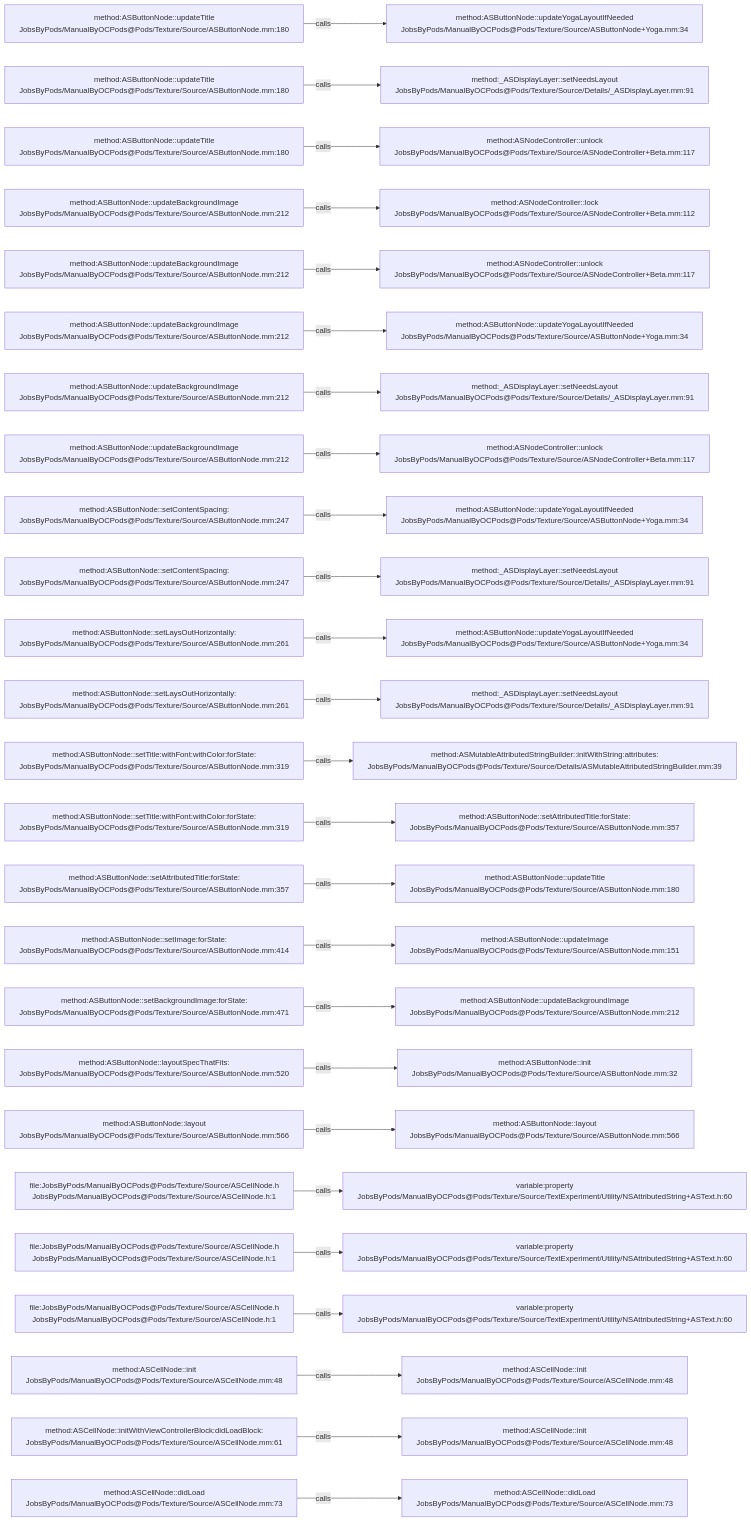
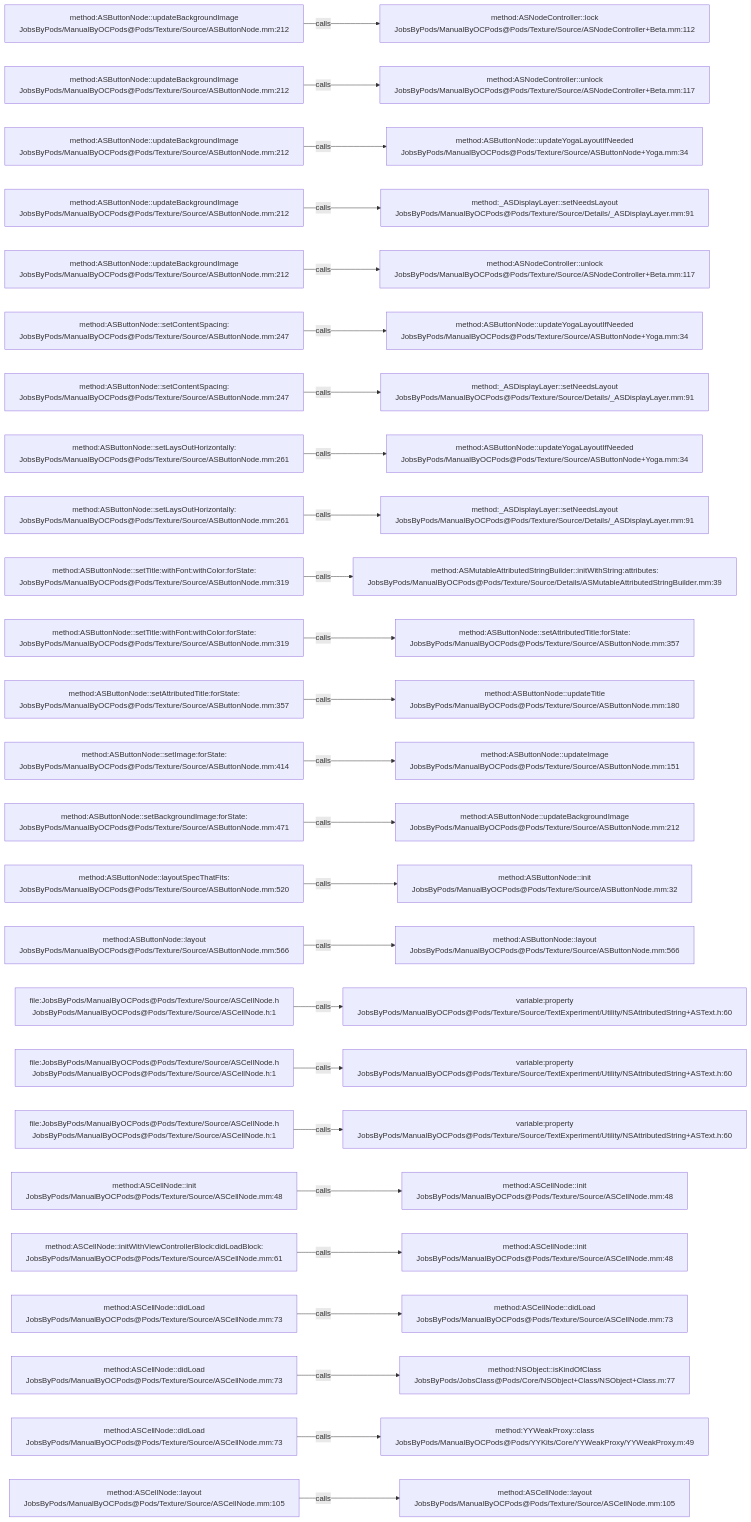
Before and after one commit to JobsKits/JobsOCBaseConfigDemo: the diagram in .codegraph/codegraph.md/graphs/calls-074.md, drawn with Mermaid. The commit also changed 342 other files, not shown here.

````diff
--- a/.codegraph/codegraph.md/graphs/calls-074.md
+++ b/.codegraph/codegraph.md/graphs/calls-074.md
@@ -13,78 +13,78 @@
 ```mermaid
 flowchart LR
-  S1["method:ASButtonNode::updateTitle<br/>JobsByPods/ManualByOCPods@Pods/Texture/Source/ASButtonNode.mm:180"]
-  T1["method:ASButtonNode::updateYogaLayoutIfNeeded<br/>JobsByPods/ManualByOCPods@Pods/Texture/Source/ASButtonNode+Yoga.mm:34"]
+  S1["method:ASButtonNode::updateBackgroundImage<br/>JobsByPods/ManualByOCPods@Pods/Texture/Source/ASButtonNode.mm:212"]
+  T1["method:ASNodeController::lock<br/>JobsByPods/ManualByOCPods@Pods/Texture/Source/ASNodeController+Beta.mm:112"]
   S1 -->|calls| T1
-  S2["method:ASButtonNode::updateTitle<br/>JobsByPods/ManualByOCPods@Pods/Texture/Source/ASButtonNode.mm:180"]
-  T2["method:_ASDisplayLayer::setNeedsLayout<br/>JobsByPods/ManualByOCPods@Pods/Texture/Source/Details/_ASDisplayLayer.mm:91"]
+  S2["method:ASButtonNode::updateBackgroundImage<br/>JobsByPods/ManualByOCPods@Pods/Texture/Source/ASButtonNode.mm:212"]
+  T2["method:ASNodeController::unlock<br/>JobsByPods/ManualByOCPods@Pods/Texture/Source/ASNodeController+Beta.mm:117"]
   S2 -->|calls| T2
-  S3["method:ASButtonNode::updateTitle<br/>JobsByPods/ManualByOCPods@Pods/Texture/Source/ASButtonNode.mm:180"]
-  T3["method:ASNodeController::unlock<br/>JobsByPods/ManualByOCPods@Pods/Texture/Source/ASNodeController+Beta.mm:117"]
+  S3["method:ASButtonNode::updateBackgroundImage<br/>JobsByPods/ManualByOCPods@Pods/Texture/Source/ASButtonNode.mm:212"]
+  T3["method:ASButtonNode::updateYogaLayoutIfNeeded<br/>JobsByPods/ManualByOCPods@Pods/Texture/Source/ASButtonNode+Yoga.mm:34"]
   S3 -->|calls| T3
   S4["method:ASButtonNode::updateBackgroundImage<br/>JobsByPods/ManualByOCPods@Pods/Texture/Source/ASButtonNode.mm:212"]
-  T4["method:ASNodeController::lock<br/>JobsByPods/ManualByOCPods@Pods/Texture/Source/ASNodeController+Beta.mm:112"]
+  T4["method:_ASDisplayLayer::setNeedsLayout<br/>JobsByPods/ManualByOCPods@Pods/Texture/Source/Details/_ASDisplayLayer.mm:91"]
   S4 -->|calls| T4
   S5["method:ASButtonNode::updateBackgroundImage<br/>JobsByPods/ManualByOCPods@Pods/Texture/Source/ASButtonNode.mm:212"]
   T5["method:ASNodeController::unlock<br/>JobsByPods/ManualByOCPods@Pods/Texture/Source/ASNodeController+Beta.mm:117"]
   S5 -->|calls| T5
-  S6["method:ASButtonNode::updateBackgroundImage<br/>JobsByPods/ManualByOCPods@Pods/Texture/Source/ASButtonNode.mm:212"]
+  S6["method:ASButtonNode::setContentSpacing:<br/>JobsByPods/ManualByOCPods@Pods/Texture/Source/ASButtonNode.mm:247"]
   T6["method:ASButtonNode::updateYogaLayoutIfNeeded<br/>JobsByPods/ManualByOCPods@Pods/Texture/Source/ASButtonNode+Yoga.mm:34"]
   S6 -->|calls| T6
-  S7["method:ASButtonNode::updateBackgroundImage<br/>JobsByPods/ManualByOCPods@Pods/Texture/Source/ASButtonNode.mm:212"]
+  S7["method:ASButtonNode::setContentSpacing:<br/>JobsByPods/ManualByOCPods@Pods/Texture/Source/ASButtonNode.mm:247"]
   T7["method:_ASDisplayLayer::setNeedsLayout<br/>JobsByPods/ManualByOCPods@Pods/Texture/Source/Details/_ASDisplayLayer.mm:91"]
   S7 -->|calls| T7
-  S8["method:ASButtonNode::updateBackgroundImage<br/>JobsByPods/ManualByOCPods@Pods/Texture/Source/ASButtonNode.mm:212"]
-  T8["method:ASNodeController::unlock<br/>JobsByPods/ManualByOCPods@Pods/Texture/Source/ASNodeController+Beta.mm:117"]
+  S8["method:ASButtonNode::setLaysOutHorizontally:<br/>JobsByPods/ManualByOCPods@Pods/Texture/Source/ASButtonNode.mm:261"]
+  T8["method:ASButtonNode::updateYogaLayoutIfNeeded<br/>JobsByPods/ManualByOCPods@Pods/Texture/Source/ASButtonNode+Yoga.mm:34"]
   S8 -->|calls| T8
-  S9["method:ASButtonNode::setContentSpacing:<br/>JobsByPods/ManualByOCPods@Pods/Texture/Source/ASButtonNode.mm:247"]
-  T9["method:ASButtonNode::updateYogaLayoutIfNeeded<br/>JobsByPods/ManualByOCPods@Pods/Texture/Source/ASButtonNode+Yoga.mm:34"]
+  S9["method:ASButtonNode::setLaysOutHorizontally:<br/>JobsByPods/ManualByOCPods@Pods/Texture/Source/ASButtonNode.mm:261"]
+  T9["method:_ASDisplayLayer::setNeedsLayout<br/>JobsByPods/ManualByOCPods@Pods/Texture/Source/Details/_ASDisplayLayer.mm:91"]
   S9 -->|calls| T9
-  S10["method:ASButtonNode::setContentSpacing:<br/>JobsByPods/ManualByOCPods@Pods/Texture/Source/ASButtonNode.mm:247"]
-  T10["method:_ASDisplayLayer::setNeedsLayout<br/>JobsByPods/ManualByOCPods@Pods/Texture/Source/Details/_ASDisplayLayer.mm:91"]
+  S10["method:ASButtonNode::setTitle:withFont:withColor:forState:<br/>JobsByPods/ManualByOCPods@Pods/Texture/Source/ASButtonNode.mm:319"]
+  T10["method:ASMutableAttributedStringBuilder::initWithString:attributes:<br/>JobsByPods/ManualByOCPods@Pods/Texture/Source/Details/ASMutableAttributedStringBuilder.mm:39"]
   S10 -->|calls| T10
-  S11["method:ASButtonNode::setLaysOutHorizontally:<br/>JobsByPods/ManualByOCPods@Pods/Texture/Source/ASButtonNode.mm:261"]
-  T11["method:ASButtonNode::updateYogaLayoutIfNeeded<br/>JobsByPods/ManualByOCPods@Pods/Texture/Source/ASButtonNode+Yoga.mm:34"]
+  S11["method:ASButtonNode::setTitle:withFont:withColor:forState:<br/>JobsByPods/ManualByOCPods@Pods/Texture/Source/ASButtonNode.mm:319"]
+  T11["method:ASButtonNode::setAttributedTitle:forState:<br/>JobsByPods/ManualByOCPods@Pods/Texture/Source/ASButtonNode.mm:357"]
   S11 -->|calls| T11
-  S12["method:ASButtonNode::setLaysOutHorizontally:<br/>JobsByPods/ManualByOCPods@Pods/Texture/Source/ASButtonNode.mm:261"]
-  T12["method:_ASDisplayLayer::setNeedsLayout<br/>JobsByPods/ManualByOCPods@Pods/Texture/Source/Details/_ASDisplayLayer.mm:91"]
+  S12["method:ASButtonNode::setAttributedTitle:forState:<br/>JobsByPods/ManualByOCPods@Pods/Texture/Source/ASButtonNode.mm:357"]
+  T12["method:ASButtonNode::updateTitle<br/>JobsByPods/ManualByOCPods@Pods/Texture/Source/ASButtonNode.mm:180"]
   S12 -->|calls| T12
-  S13["method:ASButtonNode::setTitle:withFont:withColor:forState:<br/>JobsByPods/ManualByOCPods@Pods/Texture/Source/ASButtonNode.mm:319"]
-  T13["method:ASMutableAttributedStringBuilder::initWithString:attributes:<br/>JobsByPods/ManualByOCPods@Pods/Texture/Source/Details/ASMutableAttributedStringBuilder.mm:39"]
+  S13["method:ASButtonNode::setImage:forState:<br/>JobsByPods/ManualByOCPods@Pods/Texture/Source/ASButtonNode.mm:414"]
+  T13["method:ASButtonNode::updateImage<br/>JobsByPods/ManualByOCPods@Pods/Texture/Source/ASButtonNode.mm:151"]
   S13 -->|calls| T13
-  S14["method:ASButtonNode::setTitle:withFont:withColor:forState:<br/>JobsByPods/ManualByOCPods@Pods/Texture/Source/ASButtonNode.mm:319"]
-  T14["method:ASButtonNode::setAttributedTitle:forState:<br/>JobsByPods/ManualByOCPods@Pods/Texture/Source/ASButtonNode.mm:357"]
+  S14["method:ASButtonNode::setBackgroundImage:forState:<br/>JobsByPods/ManualByOCPods@Pods/Texture/Source/ASButtonNode.mm:471"]
+  T14["method:ASButtonNode::updateBackgroundImage<br/>JobsByPods/ManualByOCPods@Pods/Texture/Source/ASButtonNode.mm:212"]
   S14 -->|calls| T14
-  S15["method:ASButtonNode::setAttributedTitle:forState:<br/>JobsByPods/ManualByOCPods@Pods/Texture/Source/ASButtonNode.mm:357"]
-  T15["method:ASButtonNode::updateTitle<br/>JobsByPods/ManualByOCPods@Pods/Texture/Source/ASButtonNode.mm:180"]
+  S15["method:ASButtonNode::layoutSpecThatFits:<br/>JobsByPods/ManualByOCPods@Pods/Texture/Source/ASButtonNode.mm:520"]
+  T15["method:ASButtonNode::init<br/>JobsByPods/ManualByOCPods@Pods/Texture/Source/ASButtonNode.mm:32"]
   S15 -->|calls| T15
-  S16["method:ASButtonNode::setImage:forState:<br/>JobsByPods/ManualByOCPods@Pods/Texture/Source/ASButtonNode.mm:414"]
-  T16["method:ASButtonNode::updateImage<br/>JobsByPods/ManualByOCPods@Pods/Texture/Source/ASButtonNode.mm:151"]
+  S16["method:ASButtonNode::layout<br/>JobsByPods/ManualByOCPods@Pods/Texture/Source/ASButtonNode.mm:566"]
+  T16["method:ASButtonNode::layout<br/>JobsByPods/ManualByOCPods@Pods/Texture/Source/ASButtonNode.mm:566"]
   S16 -->|calls| T16
-  S17["method:ASButtonNode::setBackgroundImage:forState:<br/>JobsByPods/ManualByOCPods@Pods/Texture/Source/ASButtonNode.mm:471"]
-  T17["method:ASButtonNode::updateBackgroundImage<br/>JobsByPods/ManualByOCPods@Pods/Texture/Source/ASButtonNode.mm:212"]
+  S17["file:JobsByPods/ManualByOCPods@Pods/Texture/Source/ASCellNode.h<br/>JobsByPods/ManualByOCPods@Pods/Texture/Source/ASCellNode.h:1"]
+  T17["variable:property<br/>JobsByPods/ManualByOCPods@Pods/Texture/Source/TextExperiment/Utility/NSAttributedString+ASText.h:60"]
   S17 -->|calls| T17
-  S18["method:ASButtonNode::layoutSpecThatFits:<br/>JobsByPods/ManualByOCPods@Pods/Texture/Source/ASButtonNode.mm:520"]
-  T18["method:ASButtonNode::init<br/>JobsByPods/ManualByOCPods@Pods/Texture/Source/ASButtonNode.mm:32"]
+  S18["file:JobsByPods/ManualByOCPods@Pods/Texture/Source/ASCellNode.h<br/>JobsByPods/ManualByOCPods@Pods/Texture/Source/ASCellNode.h:1"]
+  T18["variable:property<br/>JobsByPods/ManualByOCPods@Pods/Texture/Source/TextExperiment/Utility/NSAttributedString+ASText.h:60"]
   S18 -->|calls| T18
-  S19["method:ASButtonNode::layout<br/>JobsByPods/ManualByOCPods@Pods/Texture/Source/ASButtonNode.mm:566"]
-  T19["method:ASButtonNode::layout<br/>JobsByPods/ManualByOCPods@Pods/Texture/Source/ASButtonNode.mm:566"]
+  S19["file:JobsByPods/ManualByOCPods@Pods/Texture/Source/ASCellNode.h<br/>JobsByPods/ManualByOCPods@Pods/Texture/Source/ASCellNode.h:1"]
+  T19["variable:property<br/>JobsByPods/ManualByOCPods@Pods/Texture/Source/TextExperiment/Utility/NSAttributedString+ASText.h:60"]
   S19 -->|calls| T19
-  S20["file:JobsByPods/ManualByOCPods@Pods/Texture/Source/ASCellNode.h<br/>JobsByPods/ManualByOCPods@Pods/Texture/Source/ASCellNode.h:1"]
-  T20["variable:property<br/>JobsByPods/ManualByOCPods@Pods/Texture/Source/TextExperiment/Utility/NSAttributedString+ASText.h:60"]
+  S20["method:ASCellNode::init<br/>JobsByPods/ManualByOCPods@Pods/Texture/Source/ASCellNode.mm:48"]
+  T20["method:ASCellNode::init<br/>JobsByPods/ManualByOCPods@Pods/Texture/Source/ASCellNode.mm:48"]
   S20 -->|calls| T20
-  S21["file:JobsByPods/ManualByOCPods@Pods/Texture/Source/ASCellNode.h<br/>JobsByPods/ManualByOCPods@Pods/Texture/Source/ASCellNode.h:1"]
-  T21["variable:property<br/>JobsByPods/ManualByOCPods@Pods/Texture/Source/TextExperiment/Utility/NSAttributedString+ASText.h:60"]
+  S21["method:ASCellNode::initWithViewControllerBlock:didLoadBlock:<br/>JobsByPods/ManualByOCPods@Pods/Texture/Source/ASCellNode.mm:61"]
+  T21["method:ASCellNode::init<br/>JobsByPods/ManualByOCPods@Pods/Texture/Source/ASCellNode.mm:48"]
   S21 -->|calls| T21
-  S22["file:JobsByPods/ManualByOCPods@Pods/Texture/Source/ASCellNode.h<br/>JobsByPods/ManualByOCPods@Pods/Texture/Source/ASCellNode.h:1"]
-  T22["variable:property<br/>JobsByPods/ManualByOCPods@Pods/Texture/Source/TextExperiment/Utility/NSAttributedString+ASText.h:60"]
+  S22["method:ASCellNode::didLoad<br/>JobsByPods/ManualByOCPods@Pods/Texture/Source/ASCellNode.mm:73"]
+  T22["method:ASCellNode::didLoad<br/>JobsByPods/ManualByOCPods@Pods/Texture/Source/ASCellNode.mm:73"]
   S22 -->|calls| T22
-  S23["method:ASCellNode::init<br/>JobsByPods/ManualByOCPods@Pods/Texture/Source/ASCellNode.mm:48"]
-  T23["method:ASCellNode::init<br/>JobsByPods/ManualByOCPods@Pods/Texture/Source/ASCellNode.mm:48"]
+  S23["method:ASCellNode::didLoad<br/>JobsByPods/ManualByOCPods@Pods/Texture/Source/ASCellNode.mm:73"]
+  T23["method:NSObject::isKindOfClass<br/>JobsByPods/JobsClass@Pods/Core/NSObject+Class/NSObject+Class.m:77"]
   S23 -->|calls| T23
-  S24["method:ASCellNode::initWithViewControllerBlock:didLoadBlock:<br/>JobsByPods/ManualByOCPods@Pods/Texture/Source/ASCellNode.mm:61"]
-  T24["method:ASCellNode::init<br/>JobsByPods/ManualByOCPods@Pods/Texture/Source/ASCellNode.mm:48"]
+  S24["method:ASCellNode::didLoad<br/>JobsByPods/ManualByOCPods@Pods/Texture/Source/ASCellNode.mm:73"]
+  T24["method:YYWeakProxy::class<br/>JobsByPods/ManualByOCPods@Pods/YYKits/Core/YYWeakProxy/YYWeakProxy.m:49"]
   S24 -->|calls| T24
-  S25["method:ASCellNode::didLoad<br/>JobsByPods/ManualByOCPods@Pods/Texture/Source/ASCellNode.mm:73"]
-  T25["method:ASCellNode::didLoad<br/>JobsByPods/ManualByOCPods@Pods/Texture/Source/ASCellNode.mm:73"]
+  S25["method:ASCellNode::layout<br/>JobsByPods/ManualByOCPods@Pods/Texture/Source/ASCellNode.mm:105"]
+  T25["method:ASCellNode::layout<br/>JobsByPods/ManualByOCPods@Pods/Texture/Source/ASCellNode.mm:105"]
   S25 -->|calls| T25
 ```
````
